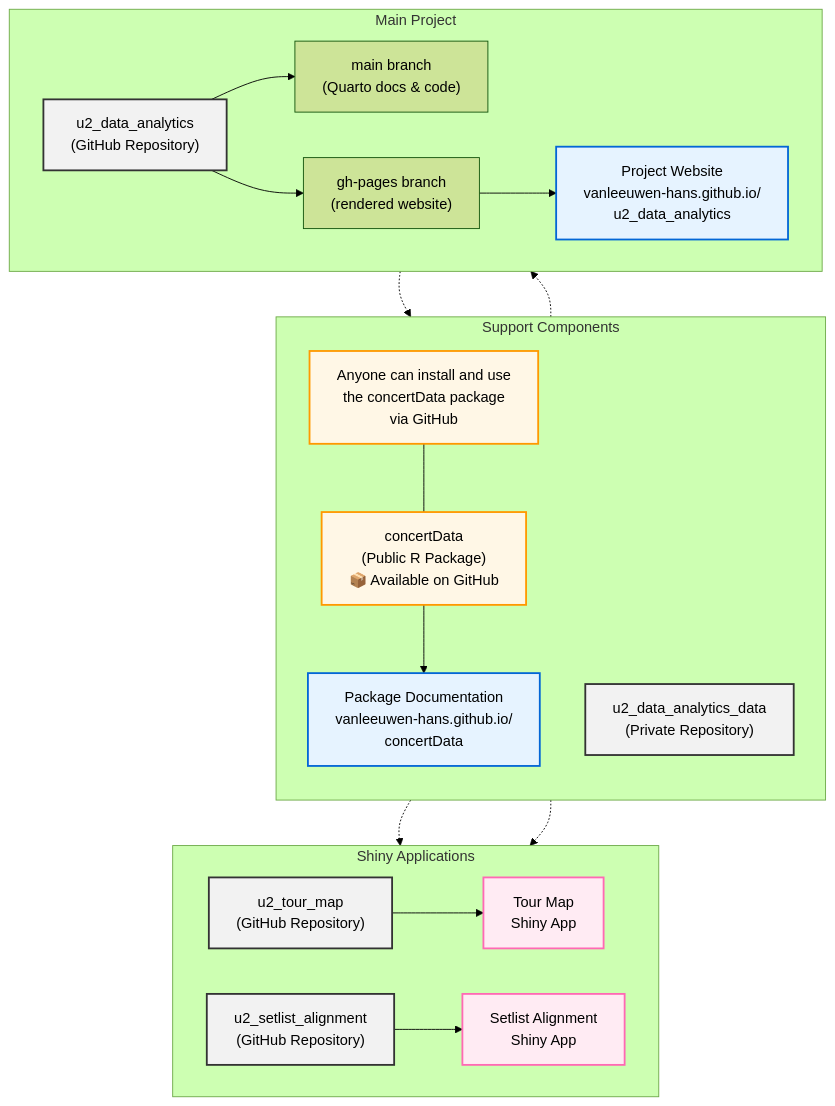
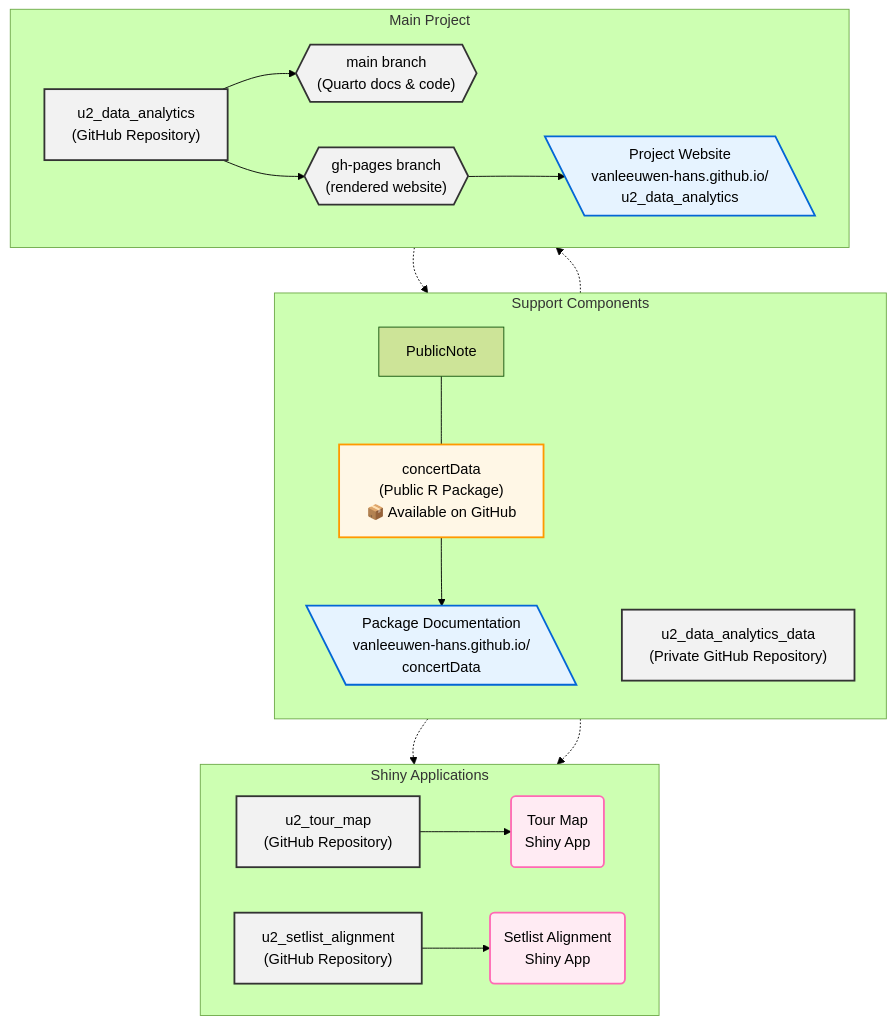
The diagram in sharing.qmd (vanleeuwen-hans/u2_data_analytics), drawn with Mermaid (forest theme) before and after one commit. The commit also changed other lines of this file, not shown here.

Commit message:
update mermaid diagram

````diff
--- a/sharing.qmd
+++ b/sharing.qmd
@@ -11,59 +11,58 @@
 ```{mermaid}
 flowchart TB
     classDef github fill:#f2f2f2,stroke:#333,stroke-width:2px
     classDef website fill:#e6f3ff,stroke:#0366d6,stroke-width:2px
     classDef shiny fill:#ffebf3,stroke:#ff69b4,stroke-width:2px
     classDef package fill:#e6ffe6,stroke:#28a745,stroke-width:2px
     classDef public fill:#fff7e6,stroke:#f90,stroke-width:2px
 
     %% Main Project Repository
     MainRepo["u2_data_analytics\n(GitHub Repository)"]:::github
-    MainBranch["main branch\n(Quarto docs & code)"]
-    GHPages["gh-pages branch\n(rendered website)"]
-    Website["Project Website\nvanleeuwen-hans.github.io/\nu2_data_analytics"]:::website
+    MainBranch{{"main branch\n(Quarto docs & code)"}}:::github
+    GHPages{{"gh-pages branch\n(rendered website)"}}:::github
+    Website[\"Project Website\nvanleeuwen-hans.github.io/\nu2_data_analytics"\]:::website
 
     %% R Package
     Package["concertData\n(Public R Package)\n📦 Available on GitHub"]:::public
-    PackageWeb["Package Documentation\nvanleeuwen-hans.github.io/\nconcertData"]:::website
-    PublicNote["Anyone can install and use\nthe concertData package\nvia GitHub"]:::public
+    PackageWeb[\"Package Documentation\nvanleeuwen-hans.github.io/\nconcertData"\]:::website
 
     %% Private Data Repository
-    DataRepo["u2_data_analytics_data\n(Private Repository)"]:::github
+    DataRepo["u2_data_analytics_data\n(Private GitHub Repository)"]:::github
 
     %% Shiny Apps
     ShinyRepo1["u2_tour_map\n(GitHub Repository)"]:::github
-    ShinyApp1["Tour Map\nShiny App"]:::shiny
+    ShinyApp1("Tour Map\nShiny App"):::shiny
     ShinyRepo2["u2_setlist_alignment\n(GitHub Repository)"]:::github
-    ShinyApp2["Setlist Alignment\nShiny App"]:::shiny
+    ShinyApp2("Setlist Alignment\nShiny App"):::shiny
 
     subgraph Support ["Support Components"]
         direction TB
         Package --> PackageWeb
         DataRepo
         PublicNote --- Package
     end
     
     subgraph Main ["Main Project"]
         direction LR
         MainRepo --> MainBranch
         MainRepo --> GHPages
         GHPages --> Website
     end
 
     subgraph Apps ["Shiny Applications"]
         direction LR
         ShinyRepo1 --> ShinyApp1
         ShinyRepo2 --> ShinyApp2
     end
 
     %% Connections between subgraphs
     MainRepo -.-> Package
     DataRepo -.-> MainRepo
     Package -.-> ShinyRepo1
     Package -.-> ShinyRepo2
 
     %% Layout arrangement
     Main ~~~ Apps
     Support ~~~ Main
     Support ~~~ Apps
 ```
````
